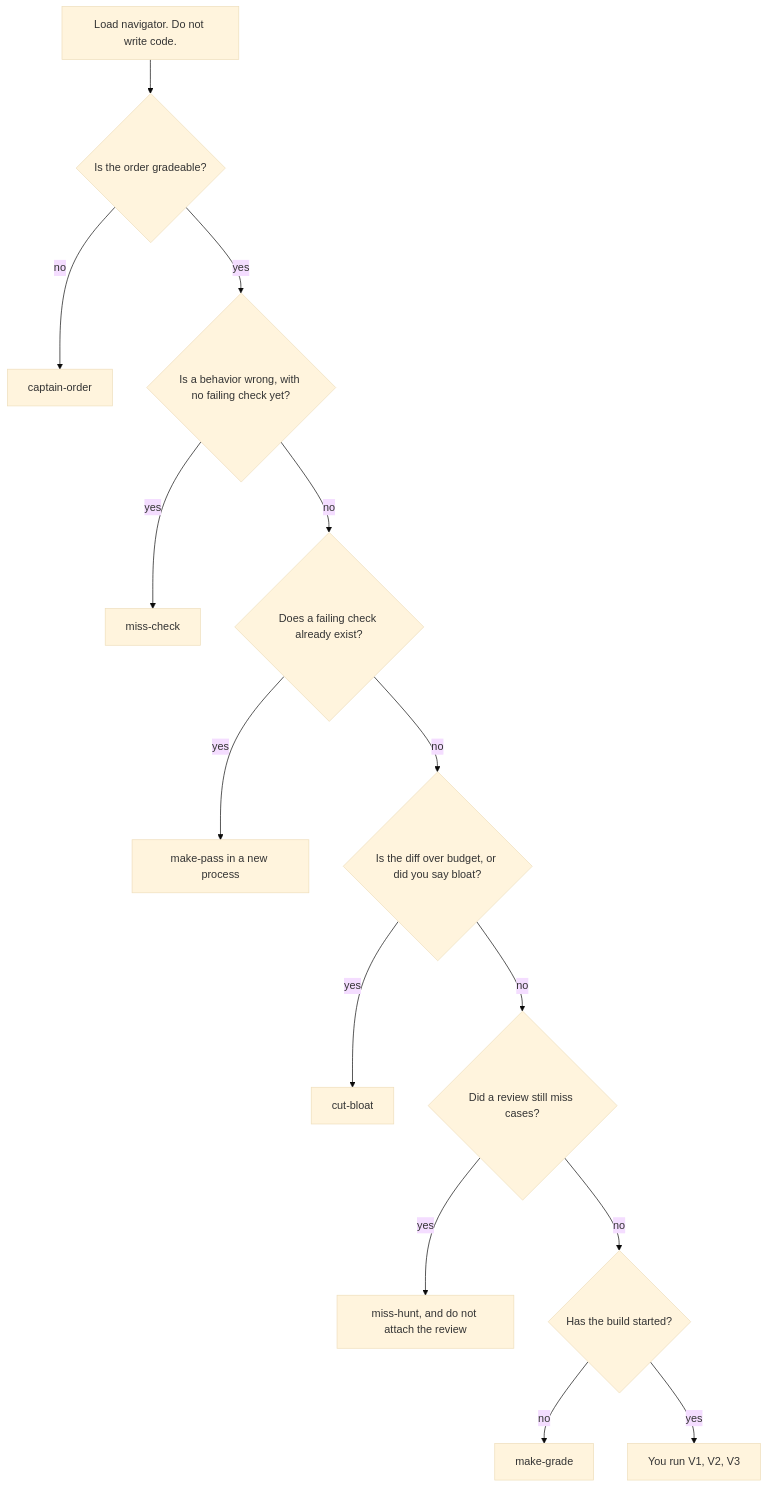
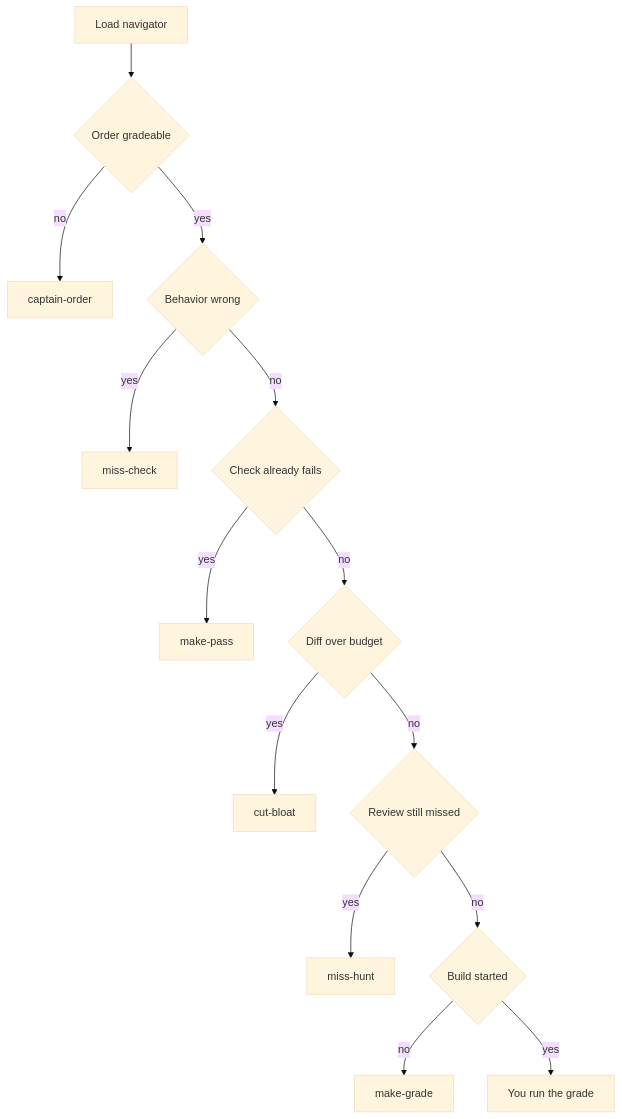
The second of 4 diagrams in docs/guide.md (marctheshark3/captain-skills), drawn with Mermaid (base theme) before and after one commit. The commit also changed other lines of this file and 5 other files, not shown here.

````diff
--- a/docs/guide.md
+++ b/docs/guide.md
@@ -62,16 +53,16 @@
 ```mermaid
 flowchart TD
-  start["Load navigator. Do not write code."] --> q1{"Is the order gradeable?"}
-  q1 -->|no| co["captain-order"]
-  q1 -->|yes| q2{"Is a behavior wrong, with no failing check yet?"}
-  q2 -->|yes| mc["miss-check"]
-  q2 -->|no| q3{"Does a failing check already exist?"}
-  q3 -->|yes| mp["make-pass in a new process"]
-  q3 -->|no| q4{"Is the diff over budget, or did you say bloat?"}
-  q4 -->|yes| cb["cut-bloat"]
-  q4 -->|no| q5{"Did a review still miss cases?"}
-  q5 -->|yes| mh["miss-hunt, and do not attach the review"]
-  q5 -->|no| q6{"Has the build started?"}
-  q6 -->|no| mg["make-grade"]
-  q6 -->|yes| acc["You run V1, V2, V3"]
+  start[Load navigator] --> q1{Order gradeable}
+  q1 -->|no| co[captain-order]
+  q1 -->|yes| q2{Behavior wrong}
+  q2 -->|yes| mc[miss-check]
+  q2 -->|no| q3{Check already fails}
+  q3 -->|yes| mp[make-pass]
+  q3 -->|no| q4{Diff over budget}
+  q4 -->|yes| cb[cut-bloat]
+  q4 -->|no| q5{Review still missed}
+  q5 -->|yes| mh[miss-hunt]
+  q5 -->|no| q6{Build started}
+  q6 -->|no| mg[make-grade]
+  q6 -->|yes| acc[You run the grade]
 ```
````
